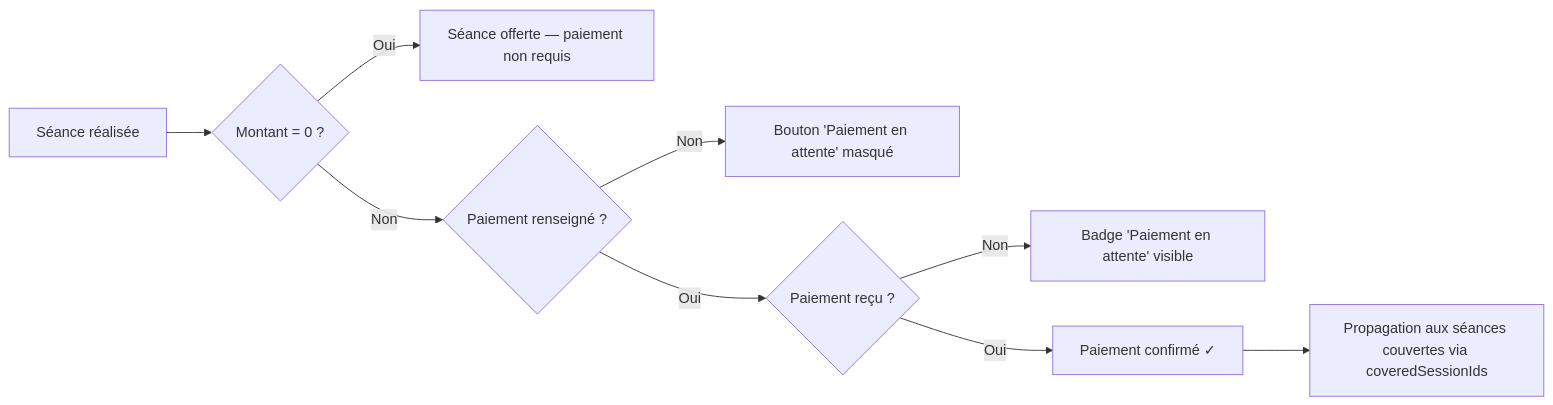
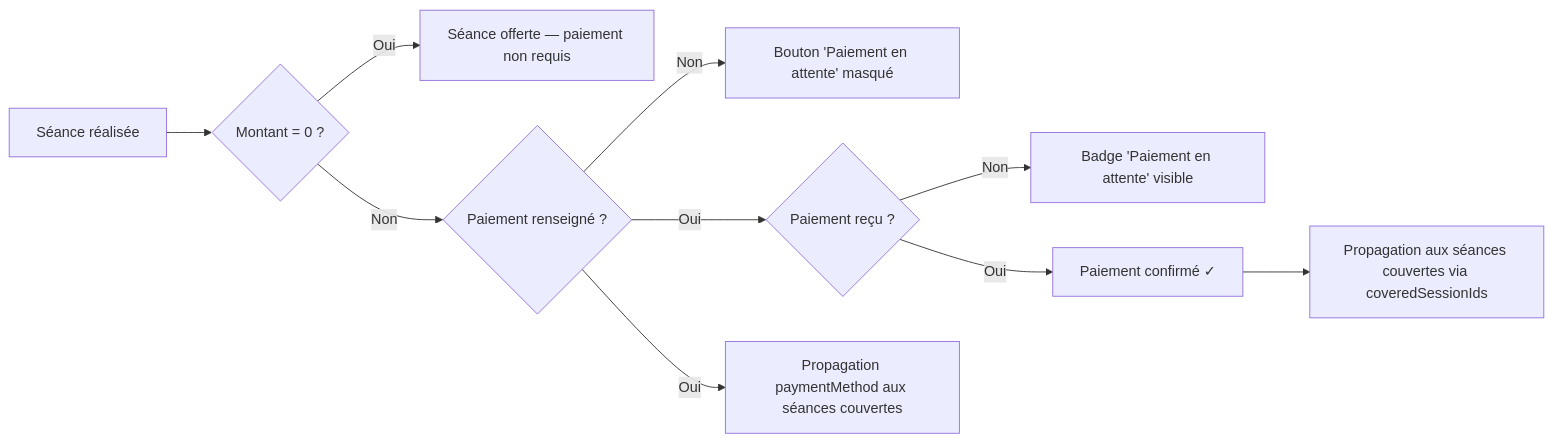
Before and after one commit to zamolxes7378/CoachCRM: the third of 5 diagrams in docs/MES_REGLES_METIER.md, drawn with Mermaid. The commit also changed other lines of this file and 31 other files, not shown here.

````diff
--- a/docs/MES_REGLES_METIER.md
+++ b/docs/MES_REGLES_METIER.md
@@ -323,11 +324,12 @@
 ```mermaid
 flowchart LR
     A[Séance réalisée] --> B{Montant = 0 ?}
     B -- Oui --> C[Séance offerte — paiement non requis]
     B -- Non --> D{Paiement renseigné ?}
     D -- Non --> E[Bouton 'Paiement en attente' masqué]
     D -- Oui --> F{Paiement reçu ?}
     F -- Non --> G[Badge 'Paiement en attente' visible]
     F -- Oui --> H[Paiement confirmé ✓]
     H --> I[Propagation aux séances couvertes via coveredSessionIds]
+    D -- Oui --> J[Propagation paymentMethod aux séances couvertes]
 ```
````
